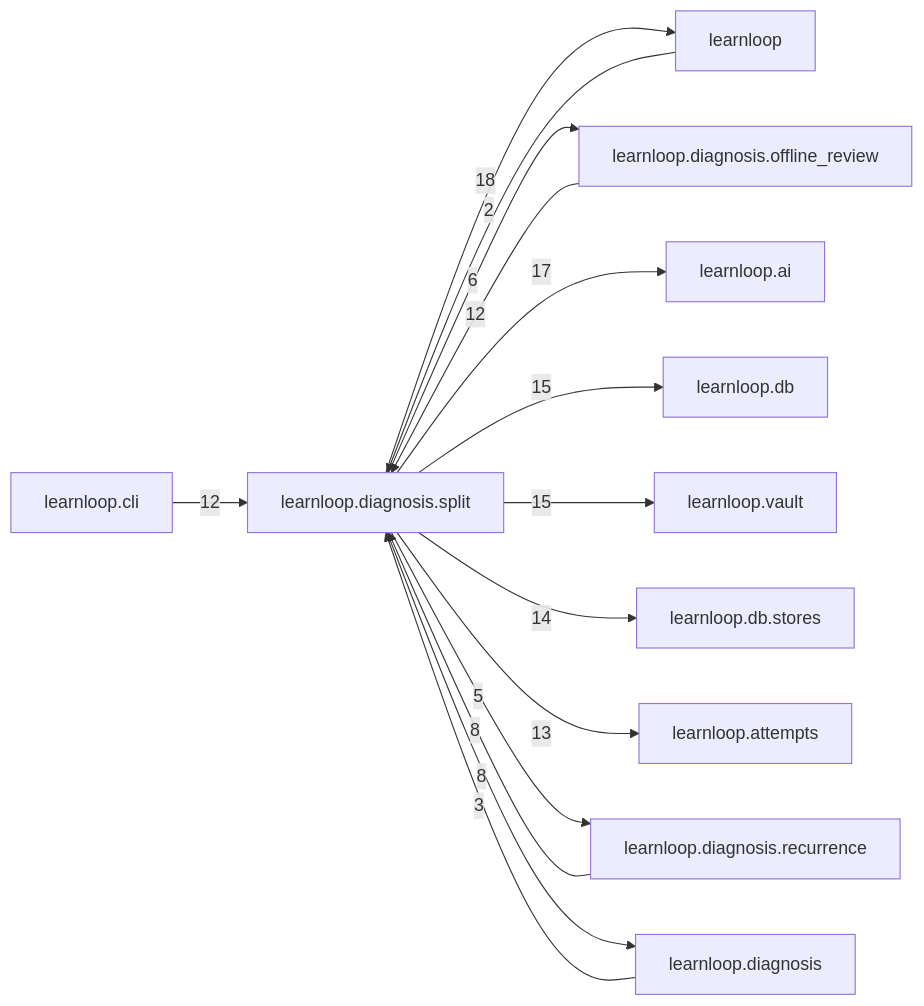
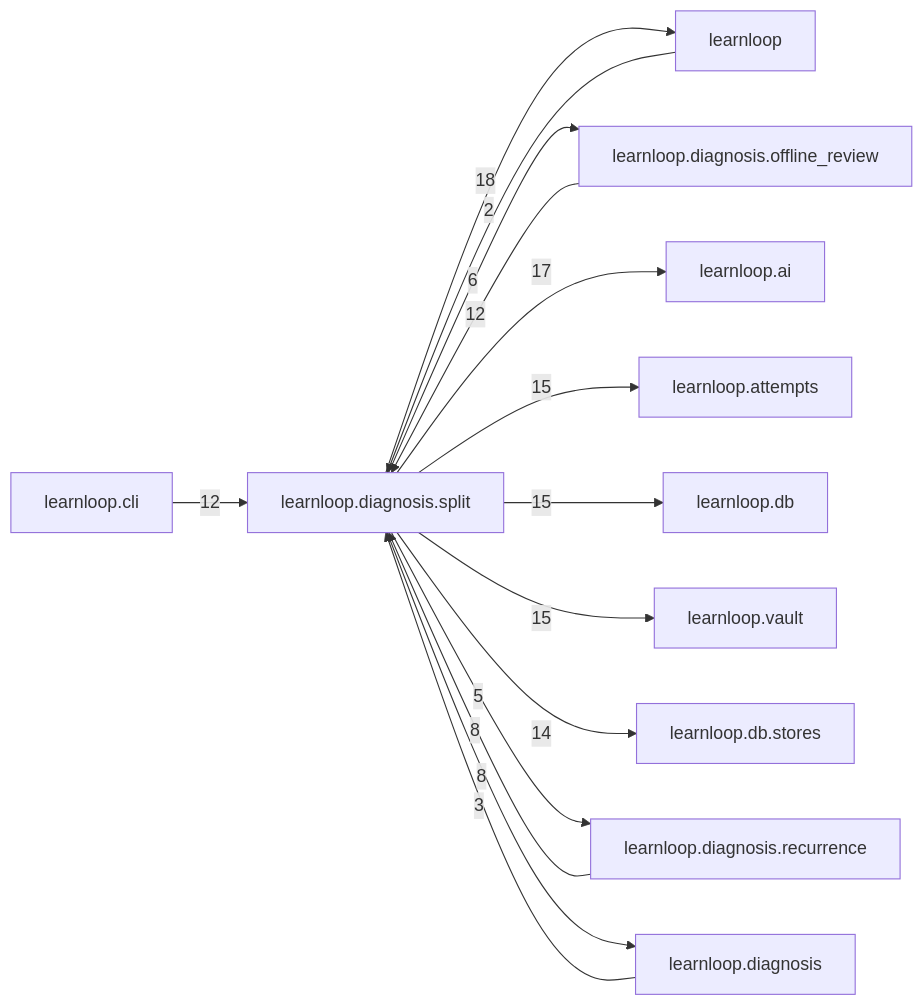
One commit to 6up-b/learnanything changed the diagram in docs/learnloop-architecture-vault/Reference/Modules/learnloop/diagnosis/split/_package.md. Above: the diagram before and after it, drawn with Mermaid. The commit also changed other lines of this file and 95 other files, not shown here.

````diff
--- a/docs/learnloop-architecture-vault/Reference/Modules/learnloop/diagnosis/split/_package.md
+++ b/docs/learnloop-architecture-vault/Reference/Modules/learnloop/diagnosis/split/_package.md
@@ -121,28 +121,28 @@
 ```mermaid
 flowchart LR
     center["learnloop.diagnosis.split"]
     n_learnloop["learnloop"]
     n_learnloop_diagnosis_offline_review["learnloop.diagnosis.offline_review"]
     n_learnloop_ai["learnloop.ai"]
+    n_learnloop_attempts["learnloop.attempts"]
     n_learnloop_db["learnloop.db"]
     n_learnloop_vault["learnloop.vault"]
     n_learnloop_db_stores["learnloop.db.stores"]
-    n_learnloop_attempts["learnloop.attempts"]
     n_learnloop_diagnosis_recurrence["learnloop.diagnosis.recurrence"]
     n_learnloop_cli["learnloop.cli"]
     n_learnloop_diagnosis["learnloop.diagnosis"]
     n_learnloop -->|2| center
     center -->|18| n_learnloop
     n_learnloop_diagnosis_offline_review -->|12| center
     center -->|6| n_learnloop_diagnosis_offline_review
     center -->|17| n_learnloop_ai
+    center -->|15| n_learnloop_attempts
     center -->|15| n_learnloop_db
     center -->|15| n_learnloop_vault
     center -->|14| n_learnloop_db_stores
-    center -->|13| n_learnloop_attempts
     n_learnloop_diagnosis_recurrence -->|8| center
     center -->|5| n_learnloop_diagnosis_recurrence
     n_learnloop_cli -->|12| center
     n_learnloop_diagnosis -->|3| center
     center -->|8| n_learnloop_diagnosis
 ```
````
